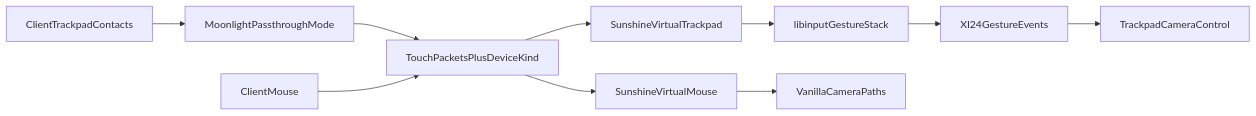
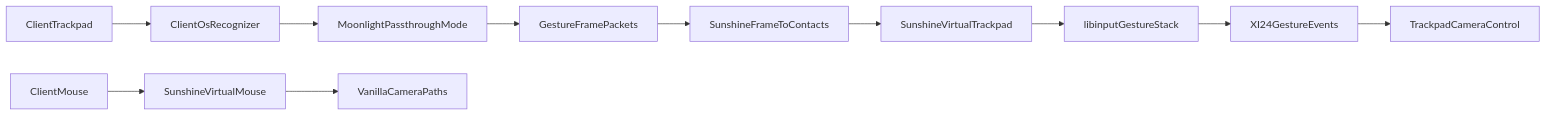
One commit to betsalel-williamson/CSL-TrackpadCameraControl changed the diagram in docs/features/remote-streaming-gestures.md. Above: the diagram before and after it, drawn with Mermaid. The commit also changed other lines of this file and 2 other files, not shown here.

````diff
--- a/docs/features/remote-streaming-gestures.md
+++ b/docs/features/remote-streaming-gestures.md
@@ -31,12 +31,13 @@
 ```mermaid
 flowchart LR
-  pad[ClientTrackpadContacts] --> client[MoonlightPassthroughMode]
-  client --> wire[TouchPacketsPlusDeviceKind]
-  wire --> host[SunshineVirtualTrackpad]
+  pad[ClientTrackpad] --> rec[ClientOsRecognizer]
+  rec --> client[MoonlightPassthroughMode]
+  client --> wire[GestureFramePackets]
+  wire --> synth[SunshineFrameToContacts]
+  synth --> host[SunshineVirtualTrackpad]
   host --> li[libinputGestureStack]
   li --> xi[XI24GestureEvents]
   xi --> mod[TrackpadCameraControl]
-  mouse[ClientMouse] --> wire
-  wire --> vmouse[SunshineVirtualMouse]
+  mouse[ClientMouse] --> vmouse[SunshineVirtualMouse]
   vmouse --> vanilla[VanillaCameraPaths]
 ```
````
